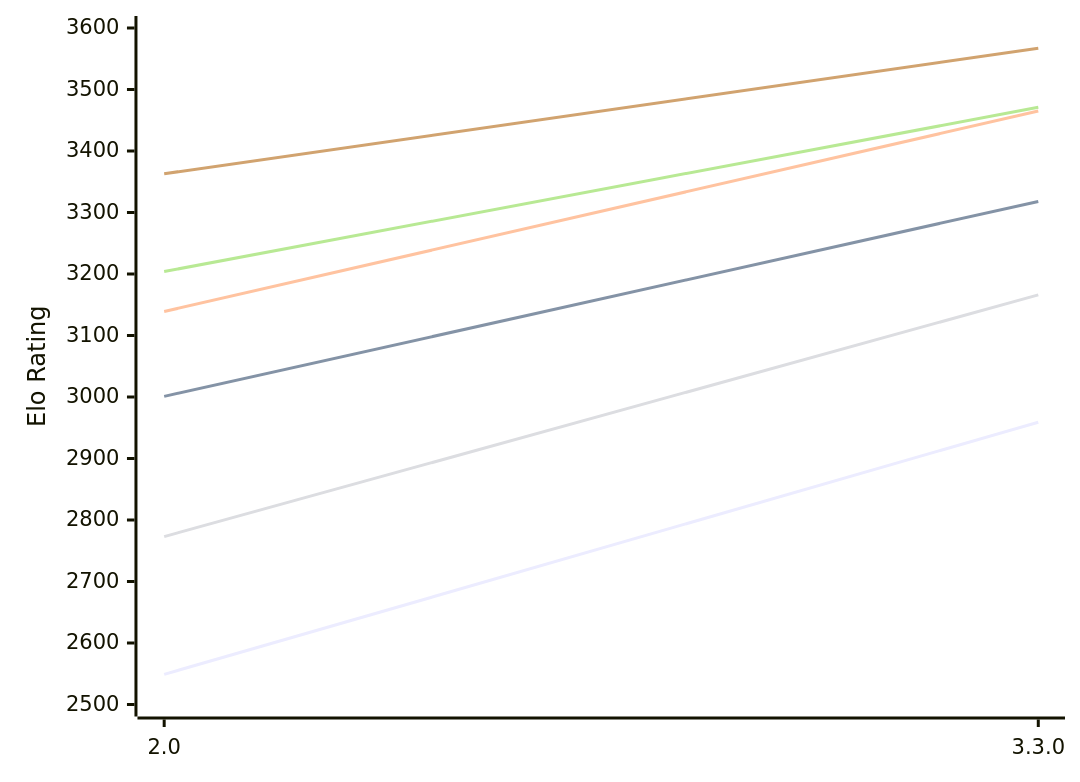
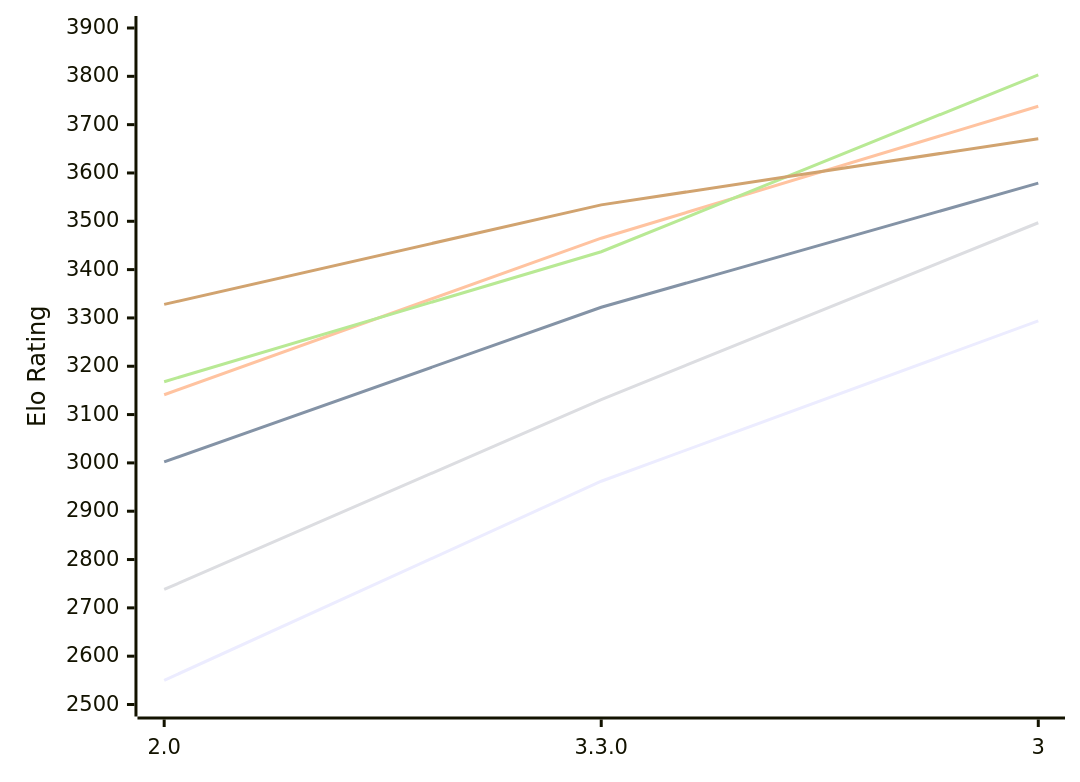
The diagram in engines/Ravager.md (computer-chess-index/cci), drawn with Mermaid before and after one commit. The commit also changed other lines of this file, not shown here.

Commit message:
Update CCI Ratings (ELO VLTC) - 2026-10-23

````diff
--- a/engines/Ravager.md
+++ b/engines/Ravager.md
@@ -49,12 +51,12 @@
 ```mermaid
 %%{init: {"theme":"base","themeVariables":{"seriesColors:['#a3a3a3','#222221','#faa371']}}}%%
 xychart-beta
-  x-axis ["2.0", "3.3.0"]
-  y-axis "Elo Rating" 2500 --> 3600
-  line "E1: STC (8.0+0.08s)" [2549, 2959]
-  line "E1: LTC (60.0+0.60s)" [3001, 3318]
-  line "E1: VLTC (2m24s+1.12s)" [3139, 3465]
-  line "P1: STC (8.0+0.08s)" [2773, 3166]
-  line "P1: LTC (60.0+0.60s)" [3204, 3471]
-  line "P1: VLTC (2m24s+1.12s)" [3363, 3567]
+  x-axis ["2.0", "3.3.0", "3"]
+  y-axis "Elo Rating" 2500 --> 3900
+  line "E1: STC (8.0+0.08s)" [2550, 2962, 3294]
+  line "E1: LTC (60.0+0.60s)" [3002, 3322, 3579]
+  line "E1: VLTC (2m24s+1.12s)" [3141, 3465, 3738]
+  line "P1: STC (8.0+0.08s)" [2738, 3131, 3497]
+  line "P1: LTC (60.0+0.60s)" [3168, 3437, 3803]
+  line "P1: VLTC (2m24s+1.12s)" [3328, 3534, 3671]
 ```
````
